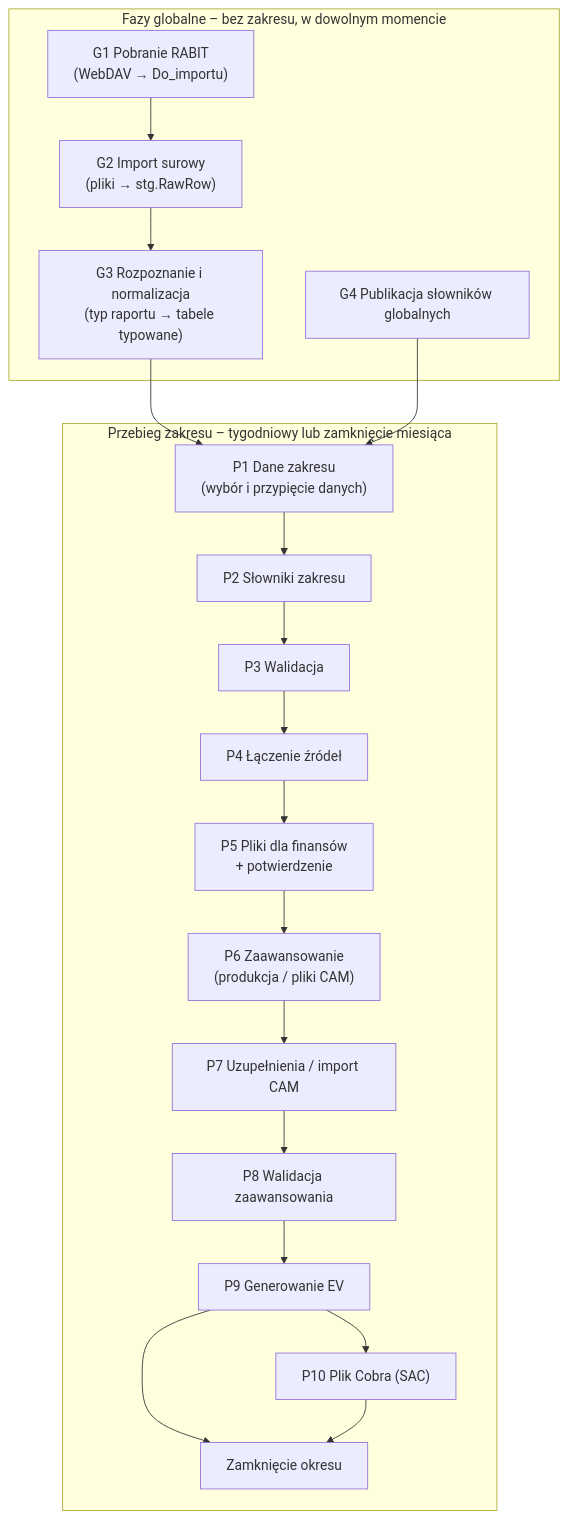
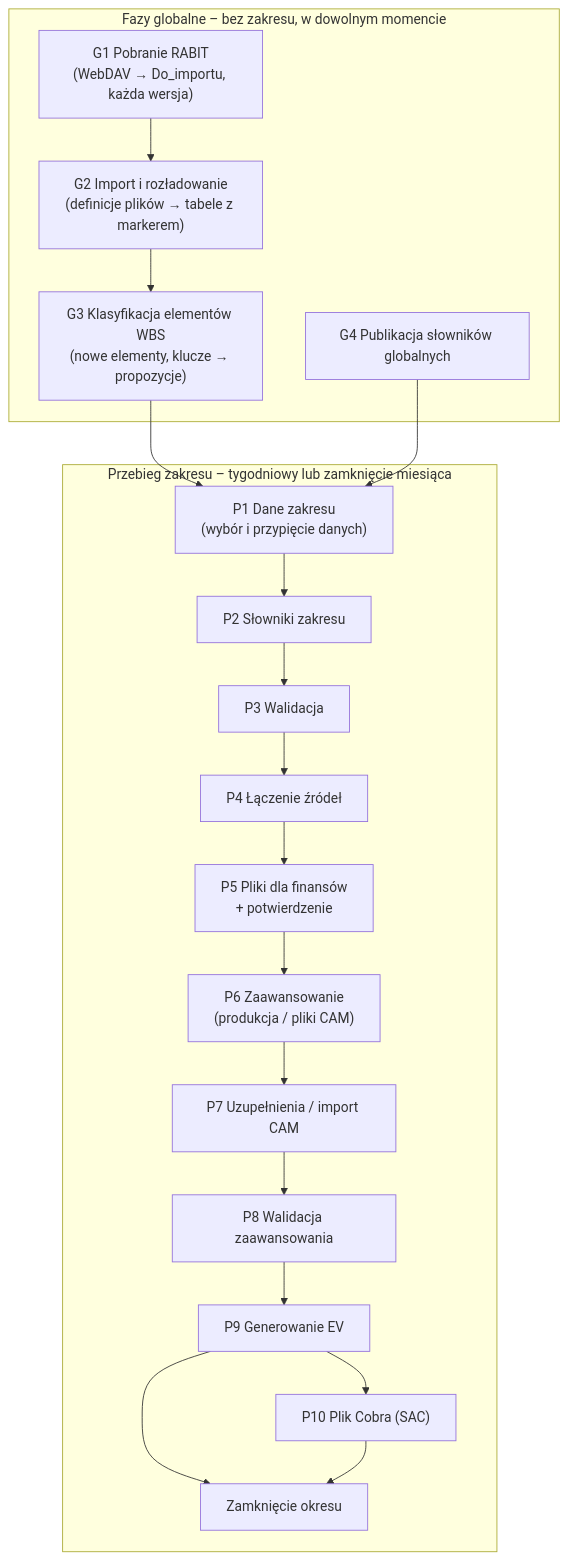
Before and after one commit to skrobi/ahd: the diagram in docs/pipeline-fazy.md, drawn with Mermaid. The commit also changed other lines of this file, not shown here.

First line of the commit message:
Koncepcja faz: G1 z wersjonowaniem, G2 rozładowanie wg definicji plików z markerem i snapshotami, G3 klasyfikacja elementów WBS

````diff
--- a/docs/pipeline-fazy.md
+++ b/docs/pipeline-fazy.md
@@ -31,23 +31,23 @@
 ```mermaid
 flowchart TD
   subgraph G["Fazy globalne – bez zakresu, w dowolnym momencie"]
-    G1["G1 Pobranie RABIT<br/>(WebDAV → Do_importu)"] --> G2["G2 Import surowy<br/>(pliki → stg.RawRow)"]
-    G2 --> G3["G3 Rozpoznanie i normalizacja<br/>(typ raportu → tabele typowane)"]
+    G1["G1 Pobranie RABIT<br/>(WebDAV → Do_importu, każda wersja)"] --> G2["G2 Import i rozładowanie<br/>(definicje plików → tabele z markerem)"]
+    G2 --> G3["G3 Klasyfikacja elementów WBS<br/>(nowe elementy, klucze → propozycje)"]
     G4["G4 Publikacja słowników globalnych"]
   end
   subgraph P["Przebieg zakresu – tygodniowy lub zamknięcie miesiąca"]
     P1["P1 Dane zakresu<br/>(wybór i przypięcie danych)"] --> P2["P2 Słowniki zakresu"]
     P2 --> P3["P3 Walidacja"]
     P3 --> P4["P4 Łączenie źródeł"]
     P4 --> P5["P5 Pliki dla finansów<br/>+ potwierdzenie"]
     P5 --> P6["P6 Zaawansowanie<br/>(produkcja / pliki CAM)"]
     P6 --> P7["P7 Uzupełnienia / import CAM"]
     P7 --> P8["P8 Walidacja zaawansowania"]
     P8 --> P9["P9 Generowanie EV"]
     P9 --> P10["P10 Plik Cobra (SAC)"]
     P9 --> Z["Zamknięcie okresu"]
     P10 --> Z
   end
   G3 --> P1
   G4 --> P1
 ```
````
